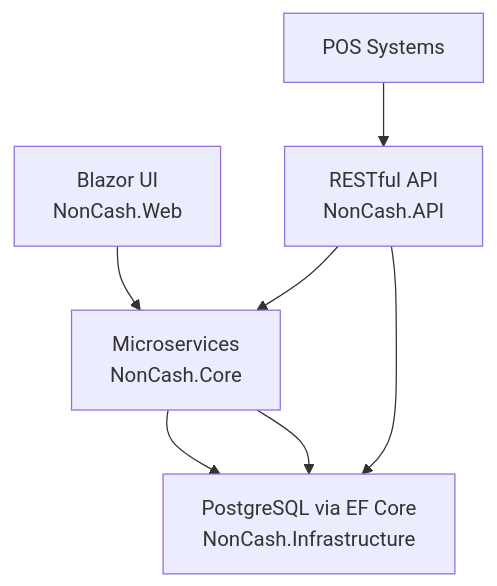
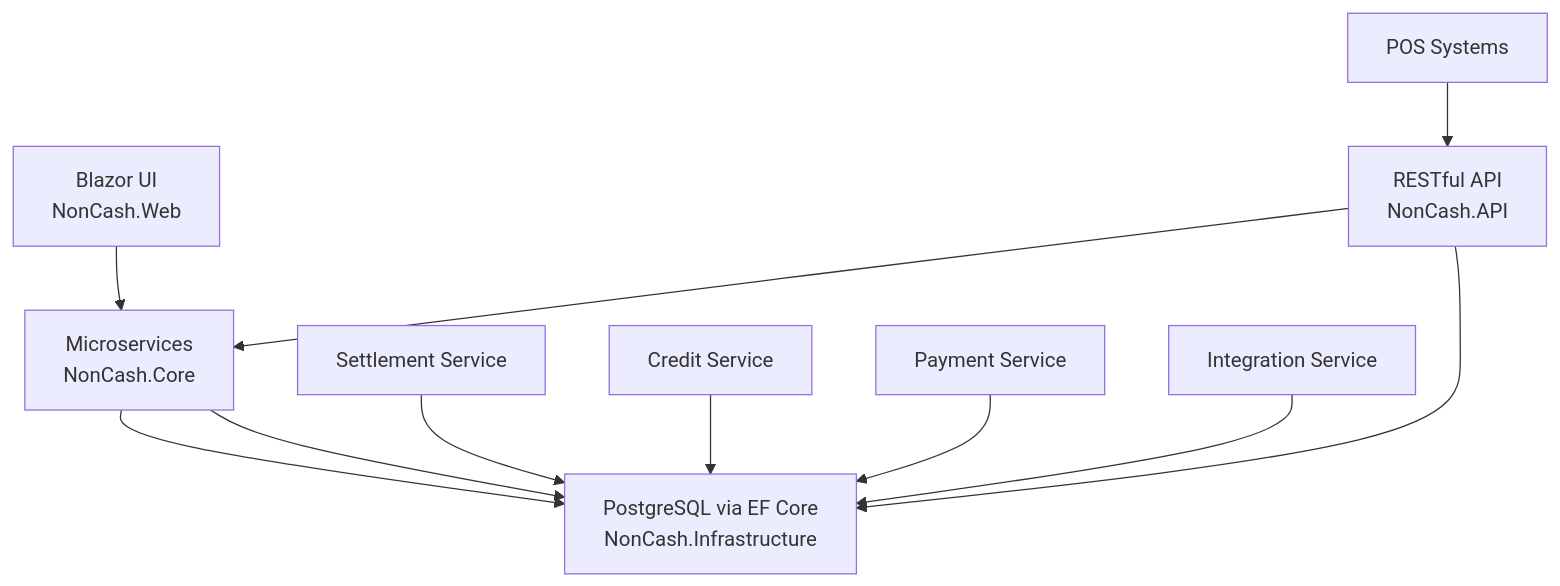
One commit to lamhongbac/NonCash changed the second of 14 diagrams in .qoder/repowiki/en/content/Business Logic and Workflows/Business Logic and Workflows.md. Above: the diagram before and after it, drawn with Mermaid. The commit also changed other lines of this file and 13 other files, not shown here.

````diff
--- a/.qoder/repowiki/en/content/Business Logic and Workflows/Business Logic and Workflows.md
+++ b/.qoder/repowiki/en/content/Business Logic and Workflows/Business Logic and Workflows.md
@@ -110,9 +144,13 @@
 ```mermaid
 graph TB
 UI["Blazor UI<br/>NonCash.Web"] --> BLL["Microservices<br/>NonCash.Core"]
 BLL --> DAL["PostgreSQL via EF Core<br/>NonCash.Infrastructure"]
 POS["POS Systems"] --> API["RESTful API<br/>NonCash.API"]
 API --> BLL
 API --> DAL
 BLL --> DAL
+SETTLEMENT["Settlement Service"] --> DAL
+CREDIT["Credit Service"] --> DAL
+PAYMENT["Payment Service"] --> DAL
+INTEGRATION["Integration Service"] --> DAL
 ```
````
